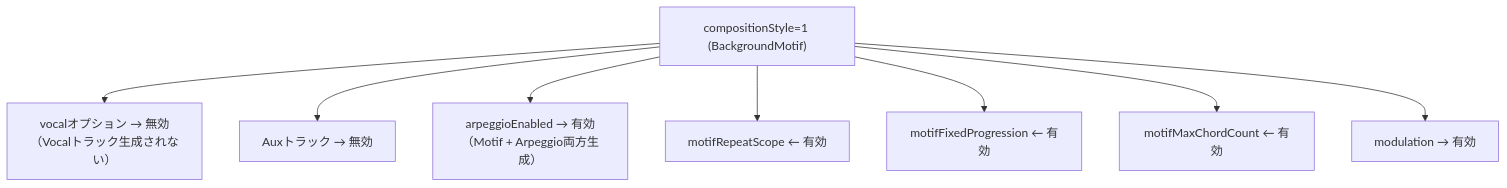
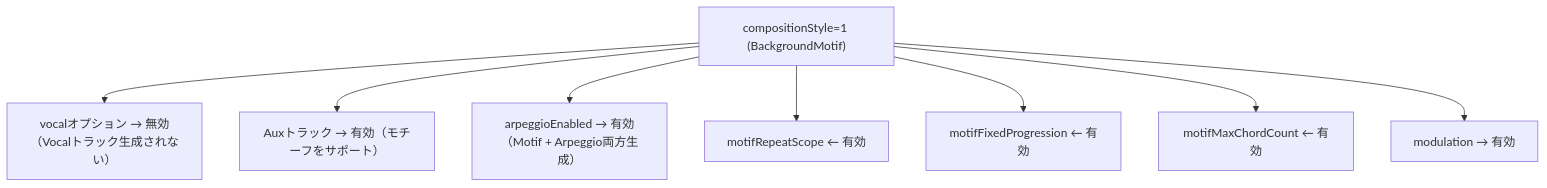
Before and after one commit to libraz/midi-sketch-homepage: the tenth of 13 diagrams in src/ja/docs/option-relationships.md, drawn with Mermaid. The commit also changed other lines of this file and 24 other files, not shown here.

````diff
--- a/src/ja/docs/option-relationships.md
+++ b/src/ja/docs/option-relationships.md
@@ -147,11 +190,11 @@
 ```mermaid
 graph TD
     BM["compositionStyle=1 (BackgroundMotif)"]
     BM --> BM1["vocalオプション → 無効（Vocalトラック生成されない）"]
-    BM --> BM2["Auxトラック → 無効"]
+    BM --> BM2["Auxトラック → 有効（モチーフをサポート）"]
     BM --> BM3["arpeggioEnabled → 有効（Motif + Arpeggio両方生成）"]
     BM --> BM4["motifRepeatScope ← 有効"]
     BM --> BM5["motifFixedProgression ← 有効"]
     BM --> BM6["motifMaxChordCount ← 有効"]
     BM --> BM7["modulation → 有効"]
 ```
````
